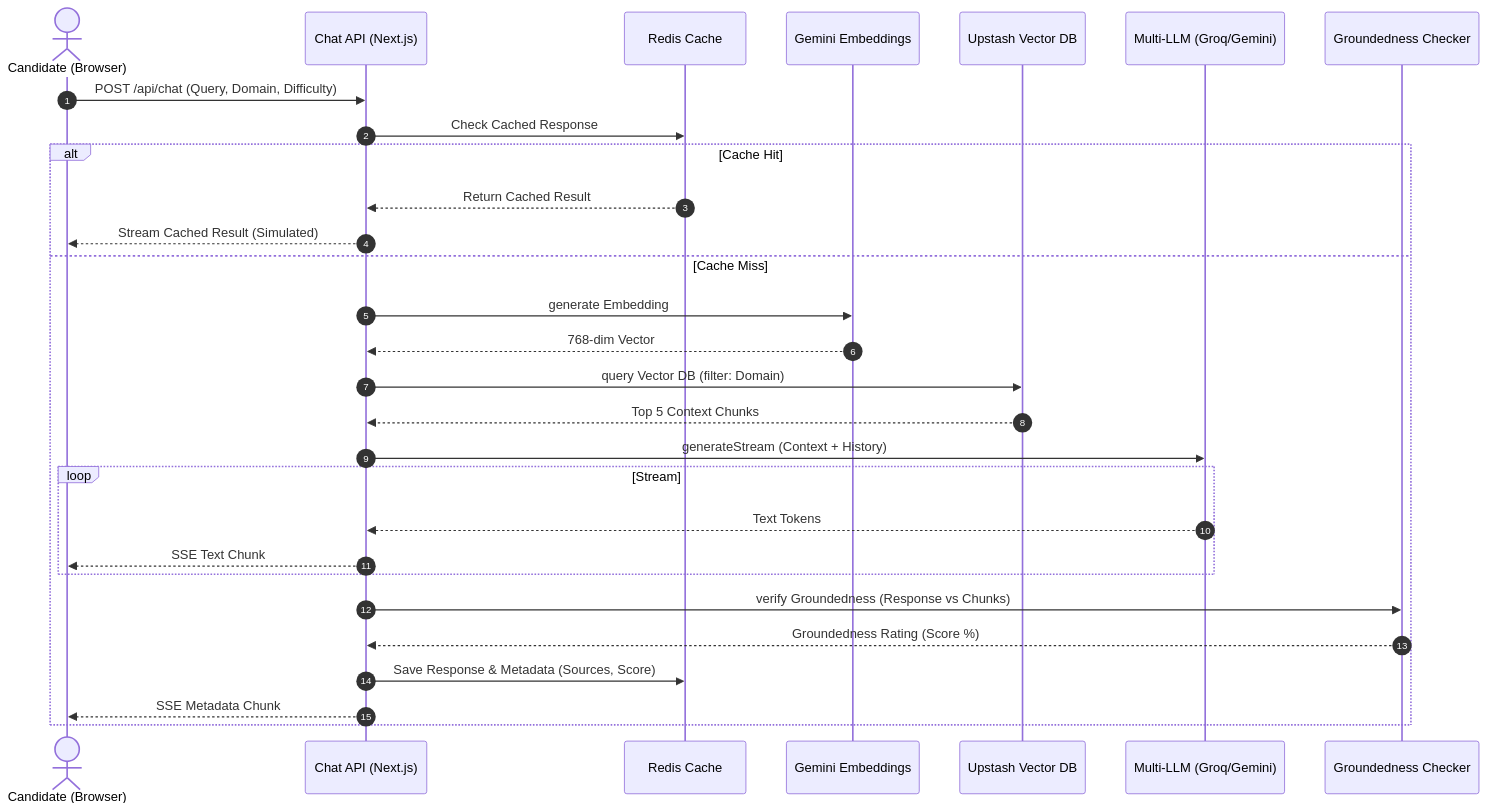
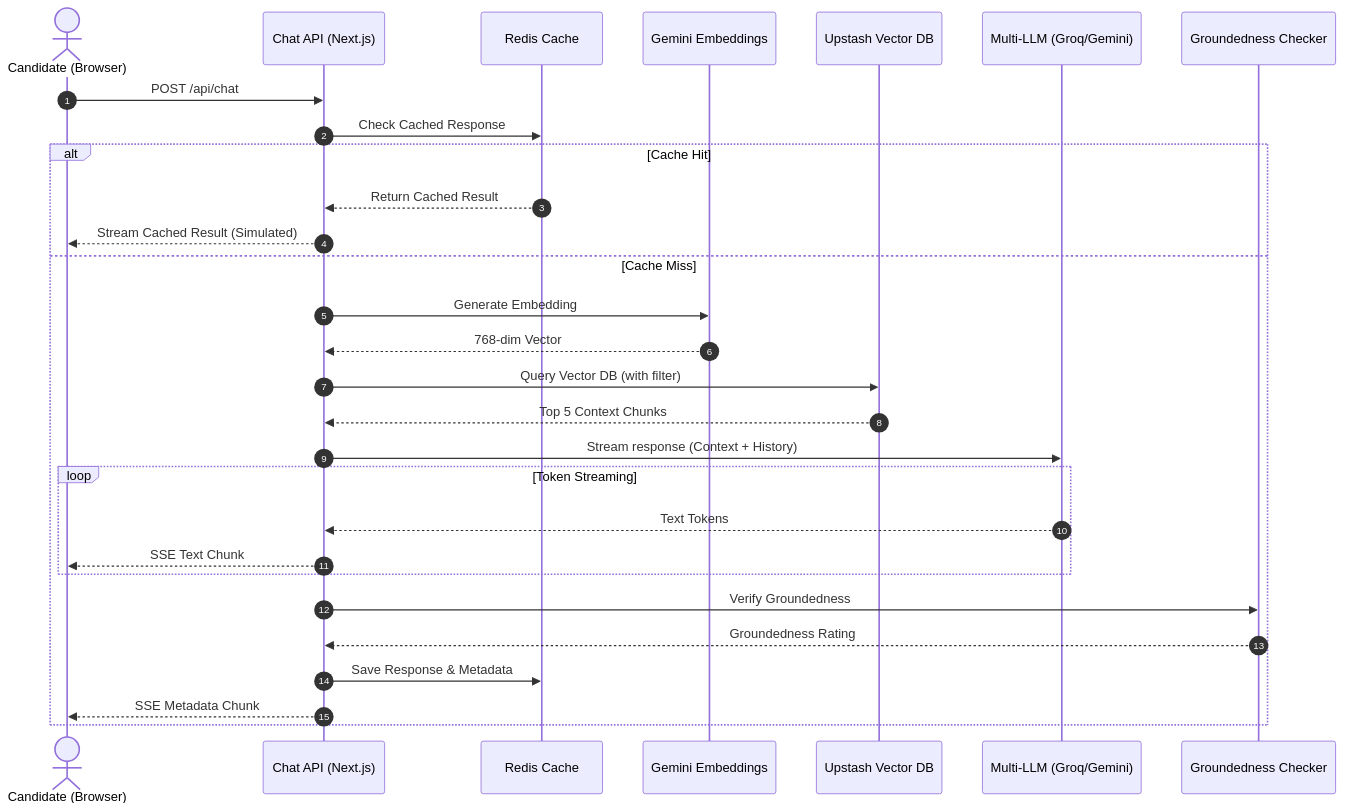
One commit to Raviksharma2005/RAG-SYSTEM-INTERVIEW-PREP-ASSISTANT changed the fourth of 7 diagrams in PROJECT_MASTER_DOCUMENTATION.md. Above: the diagram before and after it, drawn with Mermaid. The commit also changed other lines of this file, not shown here.

Commit message:
docs: Fix Mermaid syntax errors in documentation

````diff
--- a/PROJECT_MASTER_DOCUMENTATION.md
+++ b/PROJECT_MASTER_DOCUMENTATION.md
@@ -187,32 +187,32 @@
 ```mermaid
 sequenceDiagram
     autonumber
     actor Candidate as Candidate (Browser)
     participant API as Chat API (Next.js)
     participant Cache as Redis Cache
     participant Embed as Gemini Embeddings
     participant Vector as Upstash Vector DB
     participant LLM as Multi-LLM (Groq/Gemini)
     participant Ground as Groundedness Checker
 
-    Candidate->>API: POST /api/chat (Query, Domain, Difficulty)
+    Candidate->>API: POST /api/chat
     API->>Cache: Check Cached Response
     alt Cache Hit
         Cache-->>API: Return Cached Result
         API-->>Candidate: Stream Cached Result (Simulated)
     else Cache Miss
-        API->>Embed: generate Embedding
+        API->>Embed: Generate Embedding
         Embed-->>API: 768-dim Vector
-        API->>Vector: query Vector DB (filter: Domain)
+        API->>Vector: Query Vector DB (with filter)
         Vector-->>API: Top 5 Context Chunks
-        API->>LLM: generateStream (Context + History)
-        loop Stream
+        API->>LLM: Stream response (Context + History)
+        loop Token Streaming
             LLM-->>API: Text Tokens
             API-->>Candidate: SSE Text Chunk
         end
-        API->>Ground: verify Groundedness (Response vs Chunks)
-        Ground-->>API: Groundedness Rating (Score %)
-        API->>Cache: Save Response & Metadata (Sources, Score)
+        API->>Ground: Verify Groundedness
+        Ground-->>API: Groundedness Rating
+        API->>Cache: Save Response & Metadata
         API-->>Candidate: SSE Metadata Chunk
     end
 ```
````
